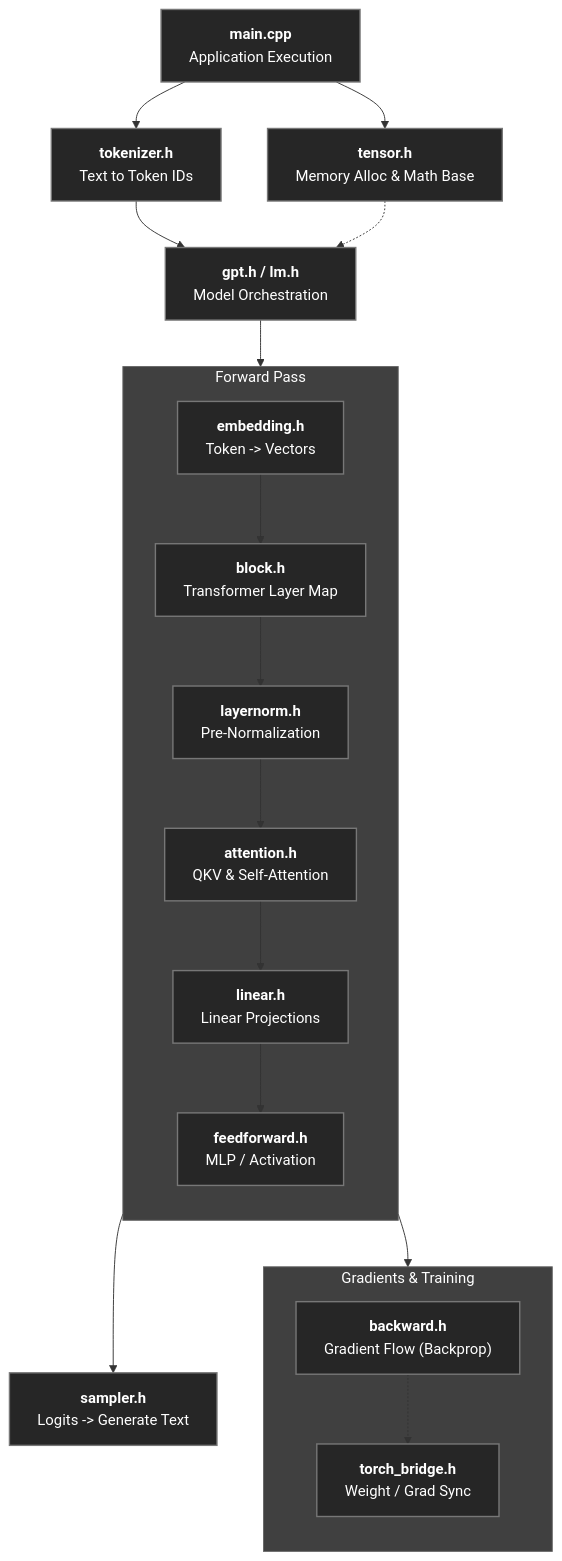
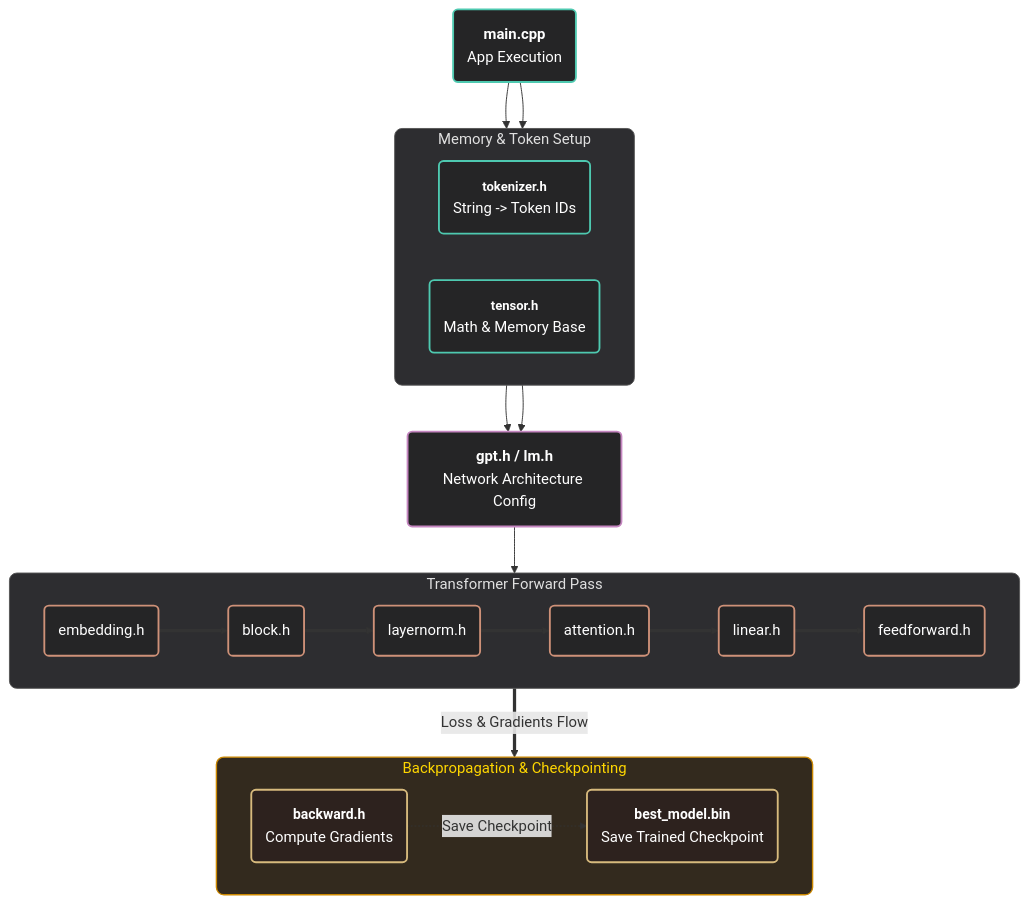
One commit to Eamon2009/llm.cpp changed the diagram in README.md. Above: the diagram before and after it, drawn with Mermaid.

Commit message:
Revise mermaid diagram for application flow
Updated mermaid diagram styling and structure for clarity.

````diff
--- a/README.md
+++ b/README.md
@@ -43,68 +43,60 @@
 ```mermaid
 graph TD
-    %% Base styling matching the dark UI theme from the image
-    classDef default fill:#2b2b2b,stroke:#888,stroke-width:1px,color:#fff;
-    classDef nodeBox fill:#262626,stroke:#777,stroke-width:1.5px;
-    classDef group fill:#404040,stroke:#666,stroke-width:1px,color:#fff;
+    %% Premium Dark Theme Styling (VS Code Inspired)
+    classDef default fill:#1e1e1e,stroke:#444,stroke-width:1px,color:#ccc;
+    classDef setup fill:#252526,stroke:#4ec9b0,stroke-width:2px,color:#fff;
+    classDef model fill:#252526,stroke:#c586c0,stroke-width:2px,color:#fff;
+    classDef math fill:#252526,stroke:#ce9178,stroke-width:2px,color:#fff;
+    classDef train fill:#2d221e,stroke:#d7ba7d,stroke-width:2px,color:#fff;
+    classDef boxGroup fill:#2d2d30,stroke:#555,stroke-width:1px,color:#e0e0e0,rx:8px,ry:8px;
+    classDef trainGroup fill:#332a1e,stroke:#cc8800,stroke-width:1.5px,color:#ffd700,rx:8px,ry:8px;
 
-    %% 1. Application Start
-    MAIN["<span style='color:#4ea9ff;font-weight:bold;font-size:16px'>main.cpp</span><br/><span style='font-size:12px;color:#d1d1d1'>Application Execution</span>"]:::nodeBox
-
-    %% 2. Initialization & Data Setup
-    TOKEN["<span style='color:#4ea9ff;font-weight:bold;font-size:16px'>tokenizer.h</span><br/><span style='font-size:12px;color:#d1d1d1'>Text to Token IDs</span>"]:::nodeBox
+    %% 1. Application Entry
+    MAIN("<b><span style='color:#569cd6;font-size:16px'>main.cpp</span></b><br/><span style='font-size:12px;color:#9cdcfe'>App Execution</span>"):::setup
     
-    TENSOR["<span style='color:#4ea9ff;font-weight:bold;font-size:16px'>tensor.h</span><br/><span style='font-size:12px;color:#d1d1d1'>Memory Alloc & Math Base</span>"]:::nodeBox
-
+    %% 2. Initialization Setup
+    subgraph Init [Memory & Token Setup]
+        direction LR
+        TOKEN("<b><span style='color:#4ec9b0;font-size:14px'>tokenizer.h</span></b><br/><span style='font-size:11px;color:#d4d4d4'>String -> Token IDs</span>"):::setup
+        TENSOR("<b><span style='color:#4ec9b0;font-size:14px'>tensor.h</span></b><br/><span style='font-size:11px;color:#d4d4d4'>Math & Memory Base</span>"):::setup
+    end
+    class Init boxGroup;
+    
     MAIN --> TOKEN
     MAIN --> TENSOR
+    
+    %% 3. Model Orchestration
+    MODEL("<b><span style='color:#c586c0;font-size:16px'>gpt.h / lm.h</span></b><br/><span style='font-size:12px;color:#d4d4d4'>Network Architecture Config</span>"):::model
+    
     TOKEN --> MODEL
+    TENSOR --> MODEL
+    
+    %% 4. The Pipeline (Forward Pass)
+    subgraph Forward [Transformer Forward Pass]
+        direction LR
+        EMBED("<span style='color:#ce9178;font-weight:bold'>embedding.h</span>"):::math
+        BLOCK("<span style='color:#ce9178;font-weight:bold'>block.h</span>"):::math
+        NORM("<span style='color:#ce9178;font-weight:bold'>layernorm.h</span>"):::math
+        ATTN("<span style='color:#ce9178;font-weight:bold'>attention.h</span>"):::math
+        LIN("<span style='color:#ce9178;font-weight:bold'>linear.h</span>"):::math
+        FFN("<span style='color:#ce9178;font-weight:bold'>feedforward.h</span>"):::math
 
-    %% 3. Model Orchestration
-    MODEL["<span style='color:#4ea9ff;font-weight:bold;font-size:16px'>gpt.h / lm.h</span><br/><span style='font-size:12px;color:#d1d1d1'>Model Orchestration</span>"]:::nodeBox
-    TENSOR -.-> MODEL
-
-    %% 4. Forward Pass Group
-    subgraph Forward [Forward Pass]
-        direction TB
-        EMBED["<span style='color:#4ea9ff;font-weight:bold;font-size:16px'>embedding.h</span><br/><span style='font-size:12px;color:#d1d1d1'>Token -> Vectors</span>"]:::nodeBox
+        EMBED ==> BLOCK ==> NORM ==> ATTN ==> LIN ==> FFN
+    end
+    class Forward boxGroup;
+    
+    MODEL --> EMBED
+    
+    %% 5. Training & Checkpointing
+    subgraph Training [Backpropagation & Checkpointing]
+        direction LR
+        BACKWARD("<b><span style='color:#d7ba7d;font-size:15px'>backward.h</span></b><br/><span style='font-size:11px;color:#d4d4d4'>Compute Gradients</span>"):::train
+        MODEL_BIN("<b><span style='color:#4ec9b0;font-size:15px'>best_model.bin</span></b><br/><span style='font-size:11px;color:#d4d4d4'>Save Trained Checkpoint</span>"):::train
         
-        BLOCK["<span style='color:#4ea9ff;font-weight:bold;font-size:16px'>block.h</span><br/><span style='font-size:12px;color:#d1d1d1'>Transformer Layer Map</span>"]:::nodeBox
-        
-        NORM["<span style='color:#4ea9ff;font-weight:bold;font-size:16px'>layernorm.h</span><br/><span style='font-size:12px;color:#d1d1d1'>Pre-Normalization</span>"]:::nodeBox
-        
-        ATTN["<span style='color:#4ea9ff;font-weight:bold;font-size:16px'>attention.h</span><br/><span style='font-size:12px;color:#d1d1d1'>QKV & Self-Attention</span>"]:::nodeBox
-        
-        LIN["<span style='color:#4ea9ff;font-weight:bold;font-size:16px'>linear.h</span><br/><span style='font-size:12px;color:#d1d1d1'>Linear Projections</span>"]:::nodeBox
-        
-        FFN["<span style='color:#4ea9ff;font-weight:bold;font-size:16px'>feedforward.h</span><br/><span style='font-size:12px;color:#d1d1d1'>MLP / Activation</span>"]:::nodeBox
-
-        EMBED --> BLOCK
-        BLOCK --> NORM
-        NORM --> ATTN
-        ATTN --> LIN
-        LIN --> FFN
+        BACKWARD -.->|Save Checkpoint| MODEL_BIN
     end
+    class Training trainGroup;
     
-    class Forward group;
-
-    MODEL --> EMBED
-
-    %% 5. Output / Inference Split
-    SAMPLER["<span style='color:#4ea9ff;font-weight:bold;font-size:16px'>sampler.h</span><br/><span style='font-size:12px;color:#d1d1d1'>Logits -> Generate Text</span>"]:::nodeBox
-    
-    FFN --> SAMPLER
-
-    %% 6. Backward Pass / Training Split
-    subgraph Training [Gradients & Training]
-        direction TB
-        BACKWARD["<span style='color:#4ea9ff;font-weight:bold;font-size:16px'>backward.h</span><br/><span style='font-size:12px;color:#d1d1d1'>Gradient Flow (Backprop)</span>"]:::nodeBox
-        
-        BRIDGE["<span style='color:#4ea9ff;font-weight:bold;font-size:16px'>torch_bridge.h</span><br/><span style='font-size:12px;color:#d1d1d1'>Weight / Grad Sync</span>"]:::nodeBox
-        
-        BACKWARD -.-> BRIDGE
-    end
-
-    class Training group;
-
-    FFN --> BACKWARD
+    %% Output to Training
+    FFN ==>|Loss & Gradients Flow| BACKWARD
 ```
````
